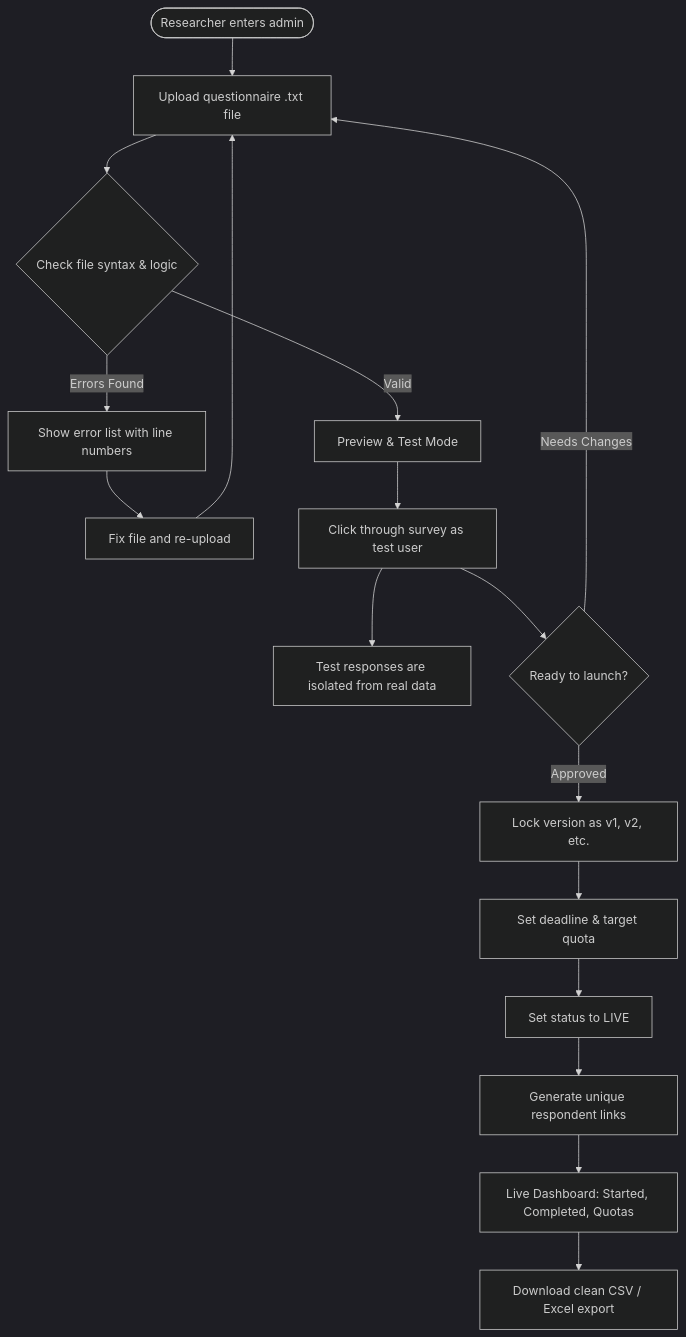
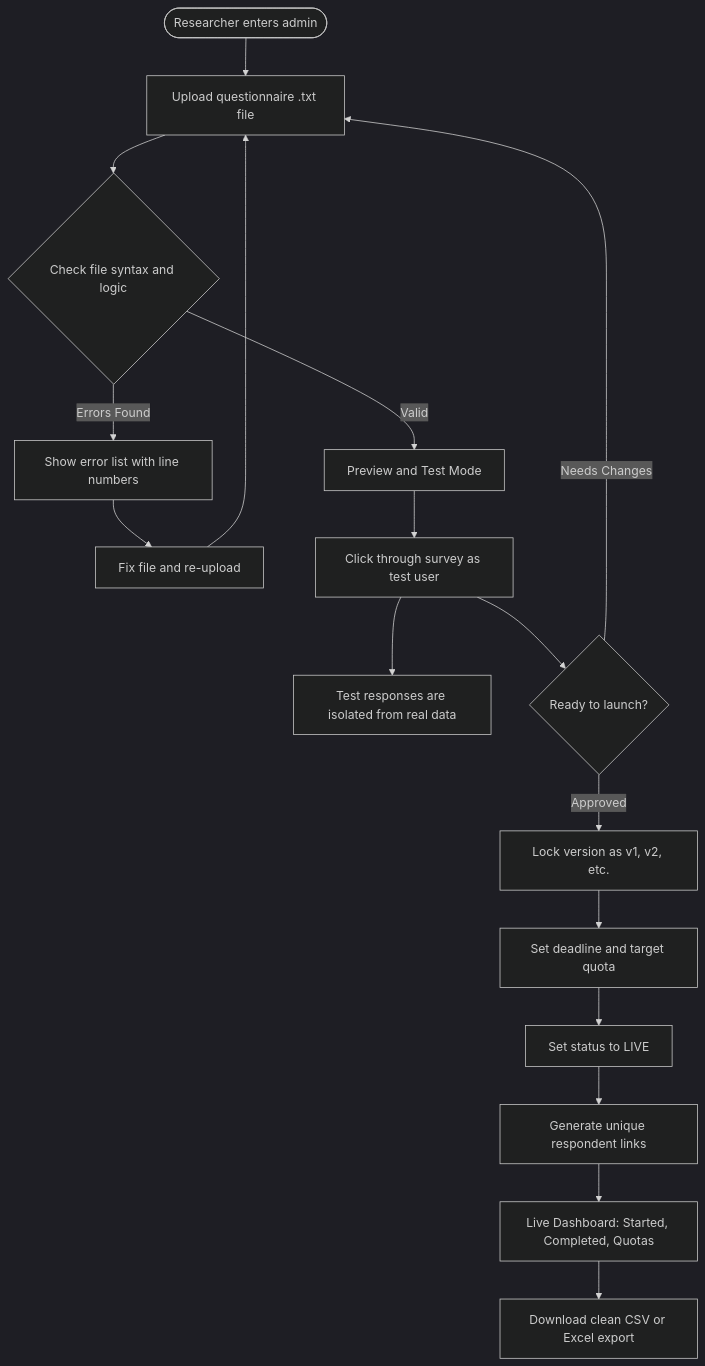
One commit to vansh-tank/concave-insights-assessment changed the first of 2 diagrams in design/user_flow.md. Above: the diagram before and after it, drawn with Mermaid (dark theme). The commit also changed other lines of this file, not shown here.

Commit message:
fix(design): quote mermaid node labels to ensure GitHub rendering

````diff
--- a/design/user_flow.md
+++ b/design/user_flow.md
@@ -31,24 +31,24 @@
 ```mermaid
 flowchart TD
-    Start([Researcher enters admin]) --> Upload[Upload questionnaire .txt file]
-    Upload --> Validate{Check file syntax & logic}
+    Start([Researcher enters admin]) --> Upload["Upload questionnaire .txt file"]
+    Upload --> Validate{"Check file syntax and logic"}
     
-    Validate -- Errors Found --> ShowErrors[Show error list with line numbers]
-    ShowErrors --> FixFile[Fix file and re-upload]
+    Validate -- Errors Found --> ShowErrors["Show error list with line numbers"]
+    ShowErrors --> FixFile["Fix file and re-upload"]
     FixFile --> Upload
     
-    Validate -- Valid --> Preview[Preview & Test Mode]
-    Preview --> TestRun[Click through survey as test user]
-    TestRun --> NoteTest[Test responses are isolated from real data]
+    Validate -- Valid --> Preview["Preview and Test Mode"]
+    Preview --> TestRun["Click through survey as test user"]
+    TestRun --> NoteTest["Test responses are isolated from real data"]
     
-    TestRun --> Approve{Ready to launch?}
+    TestRun --> Approve{"Ready to launch?"}
     Approve -- Needs Changes --> Upload
-    Approve -- Approved --> FreezeVersion[Lock version as v1, v2, etc.]
+    Approve -- Approved --> FreezeVersion["Lock version as v1, v2, etc."]
     
-    FreezeVersion --> SetTargets[Set deadline & target quota]
-    SetTargets --> MakeLive[Set status to LIVE]
+    FreezeVersion --> SetTargets["Set deadline and target quota"]
+    SetTargets --> MakeLive["Set status to LIVE"]
     
-    MakeLive --> ShareLinks[Generate unique respondent links]
-    ShareLinks --> Dashboard[Live Dashboard: Started, Completed, Quotas]
-    Dashboard --> ExportData[Download clean CSV / Excel export]
+    MakeLive --> ShareLinks["Generate unique respondent links"]
+    ShareLinks --> Dashboard["Live Dashboard: Started, Completed, Quotas"]
+    Dashboard --> ExportData["Download clean CSV or Excel export"]
 ```
````
